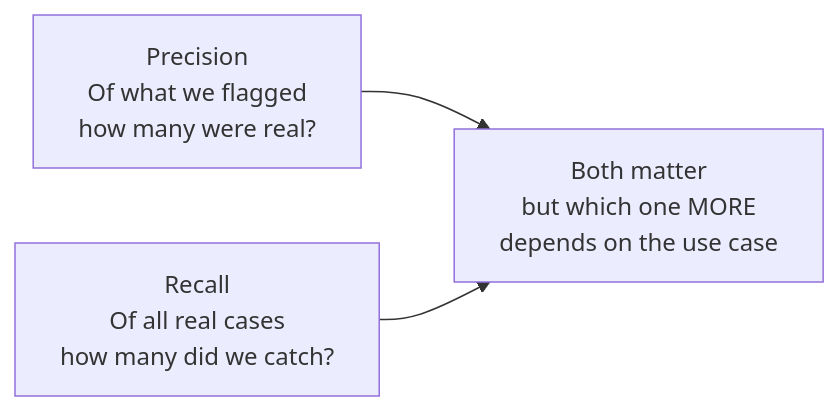
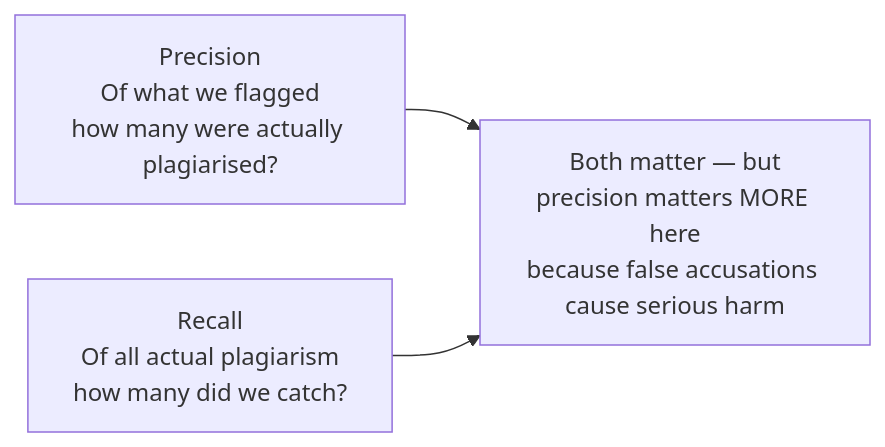
The diagram in Week8/2.Evaluation_Metrics_In_Depth.md (NamrataRev/AI_academy), drawn with Mermaid before and after one commit. The commit also changed other lines of this file and 5 other files, not shown here.

````diff
--- a/Week8/2.Evaluation_Metrics_In_Depth.md
+++ b/Week8/2.Evaluation_Metrics_In_Depth.md
@@ -39,5 +64,5 @@
 ```mermaid
 flowchart LR
-    A[Precision\nOf what we flagged\nhow many were real?] --> C[Both matter\nbut which one MORE\ndepends on the use case]
-    B[Recall\nOf all real cases\nhow many did we catch?] --> C
+    A[Precision\nOf what we flagged\nhow many were actually plagiarised?] --> C[Both matter — but\nprecision matters MORE here\nbecause false accusations cause serious harm]
+    B[Recall\nOf all actual plagiarism\nhow many did we catch?] --> C
 ```
````
